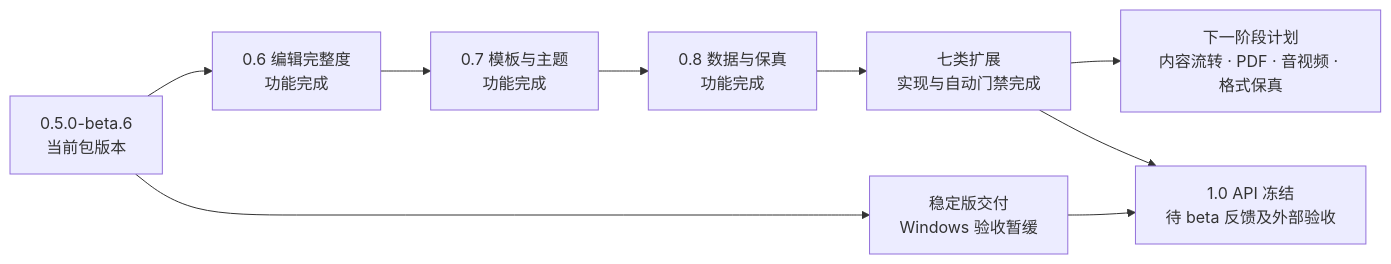
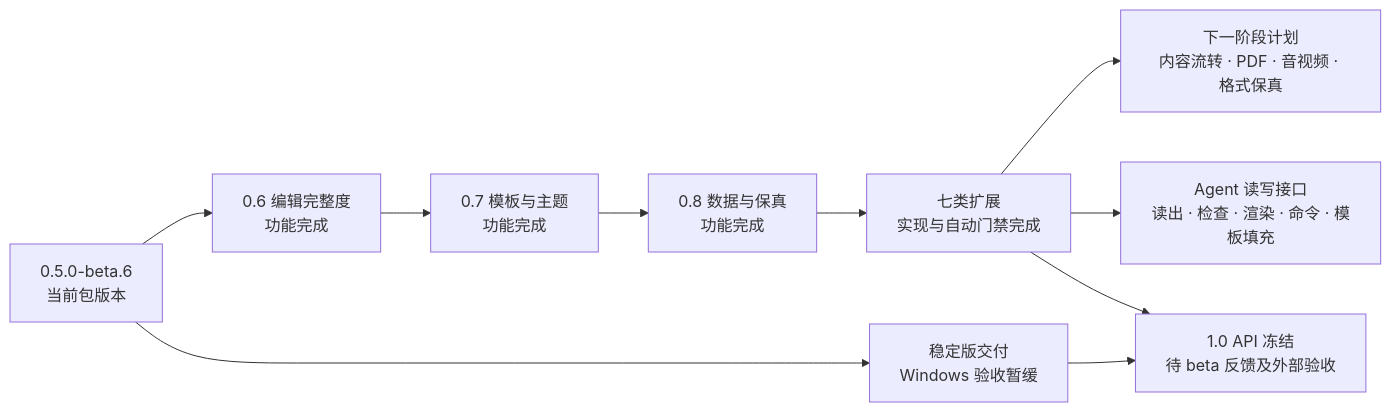
Before and after one commit to unStone/web-ppt: the second of 3 diagrams in docs/roadmap.md, drawn with Mermaid. The commit also changed other lines of this file and 2 other files, not shown here.

First line of the commit message:
docs: AI 演示文稿调研与 Agent 读写接口路线 (#14)

````diff
--- a/docs/roadmap.md
+++ b/docs/roadmap.md
@@ -173,11 +175,12 @@
 ```mermaid
 flowchart LR
     B["0.5.0-beta.6<br/>当前包版本"] --> V6["0.6 编辑完整度<br/>功能完成"]
     V6 --> V7["0.7 模板与主题<br/>功能完成"]
     V7 --> V8["0.8 数据与保真<br/>功能完成"]
     V8 --> X["七类扩展<br/>实现与自动门禁完成"]
     X --> N["下一阶段计划<br/>内容流转 · PDF · 音视频 · 格式保真"]
+    X --> AG["Agent 读写接口<br/>读出 · 检查 · 渲染 · 命令 · 模板填充"]
     B --> S["稳定版交付<br/>Windows 验收暂缓"]
     X --> V1["1.0 API 冻结<br/>待 beta 反馈及外部验收"]
     S --> V1
 ```
````
